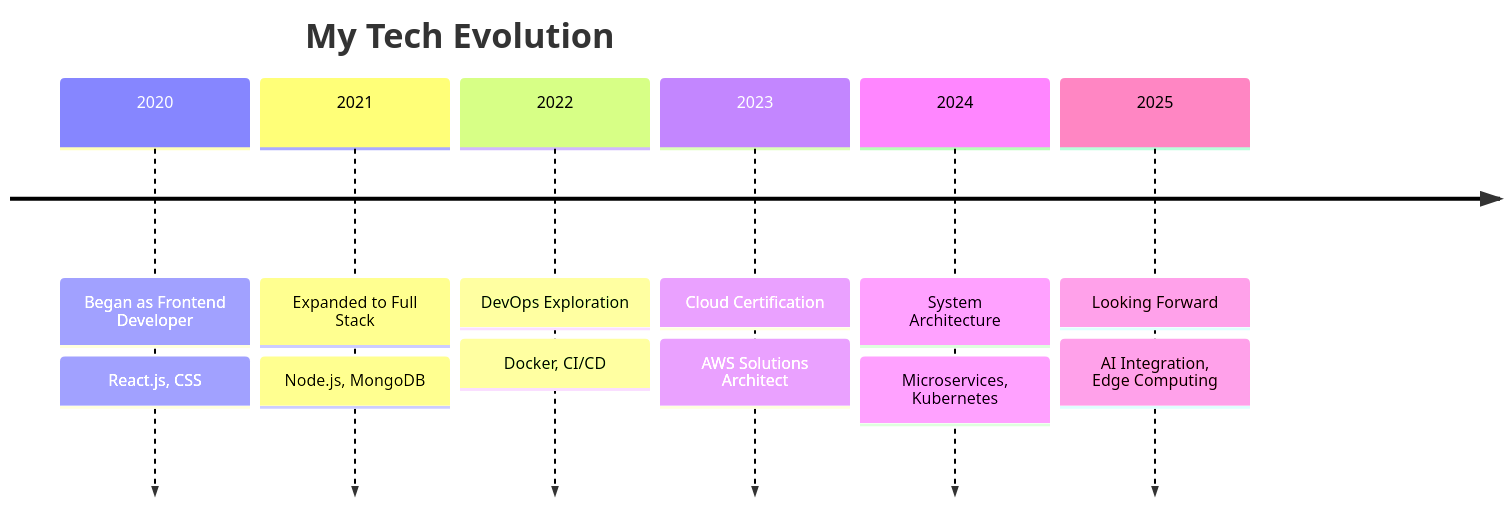
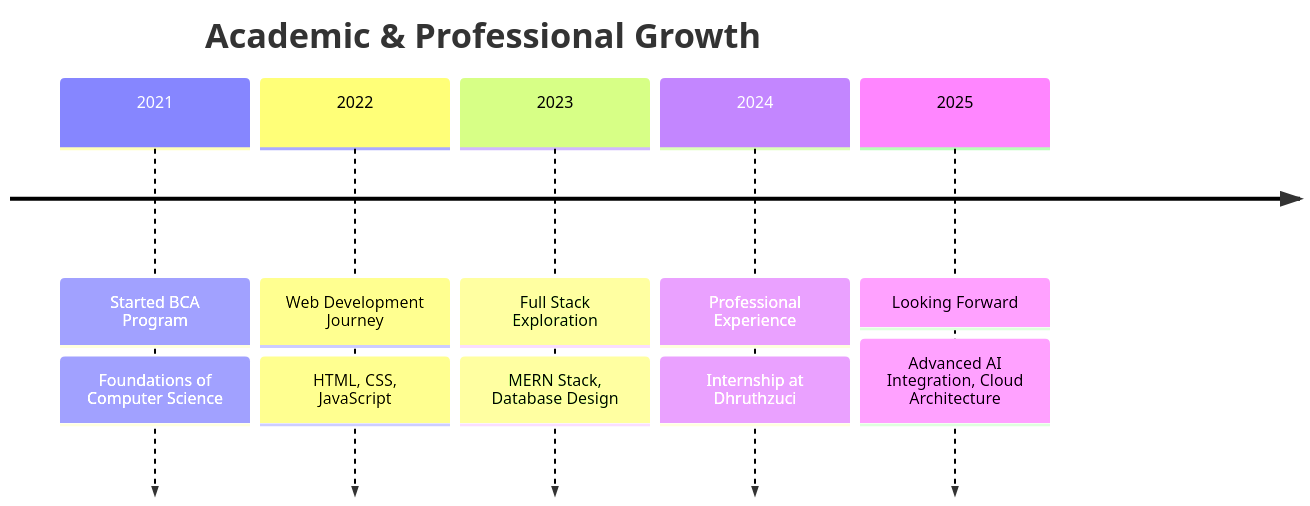
Before and after one commit to Lalith-04/Lalith-04: the diagram in README.md, drawn with Mermaid. The commit also changed other lines of this file, not shown here.

````diff
--- a/README.md
+++ b/README.md
@@ -254,10 +275,9 @@
 ```mermaid
 timeline
-    title My Tech Evolution
-    2020 : Began as Frontend Developer : React.js, CSS
-    2021 : Expanded to Full Stack : Node.js, MongoDB
-    2022 : DevOps Exploration : Docker, CI/CD
-    2023 : Cloud Certification : AWS Solutions Architect
-    2024 : System Architecture : Microservices, Kubernetes
-    2025 : Looking Forward : AI Integration, Edge Computing
+    title Academic & Professional Growth
+    2021 : Started BCA Program : Foundations of Computer Science
+    2022 : Web Development Journey : HTML, CSS, JavaScript
+    2023 : Full Stack Exploration : MERN Stack, Database Design
+    2024 : Professional Experience : Internship at Dhruthzuci
+    2025 : Looking Forward : Advanced AI Integration, Cloud Architecture
 ```
````
